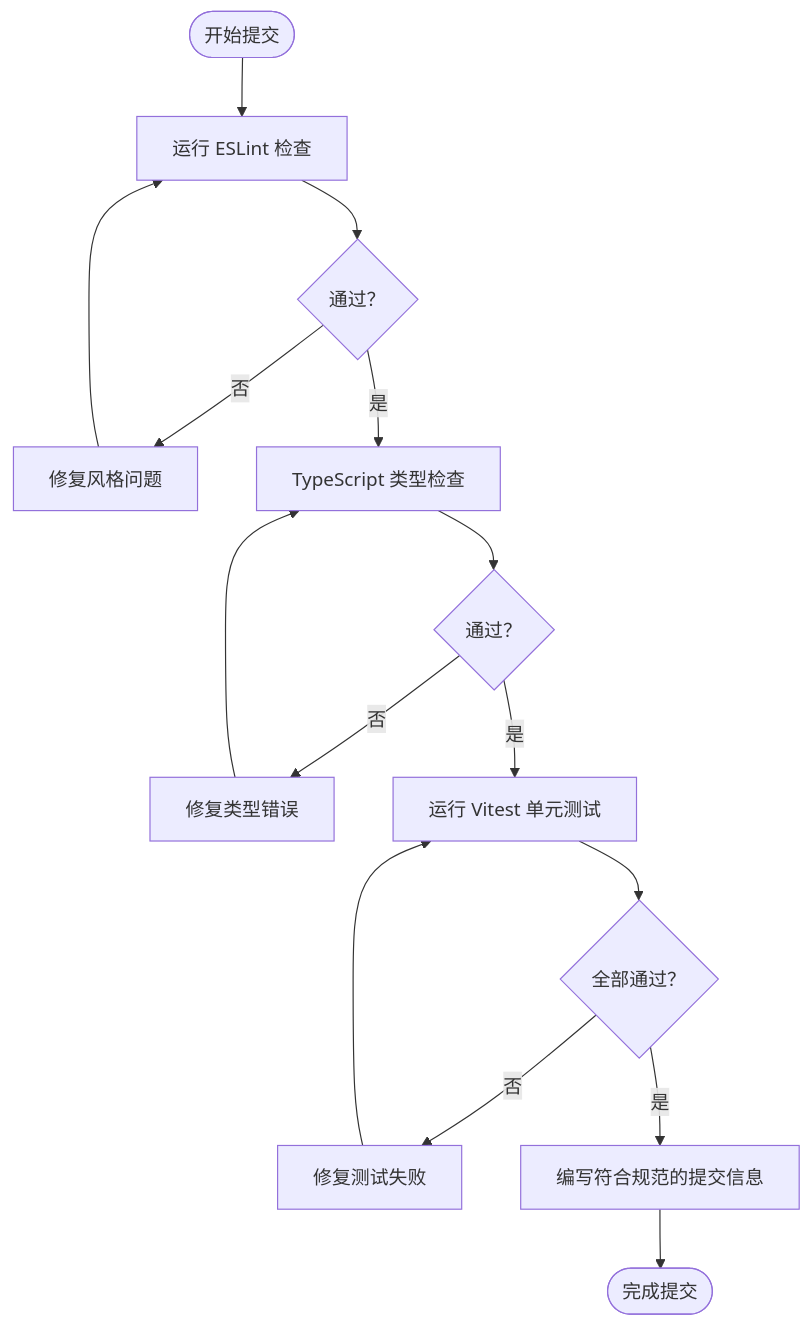
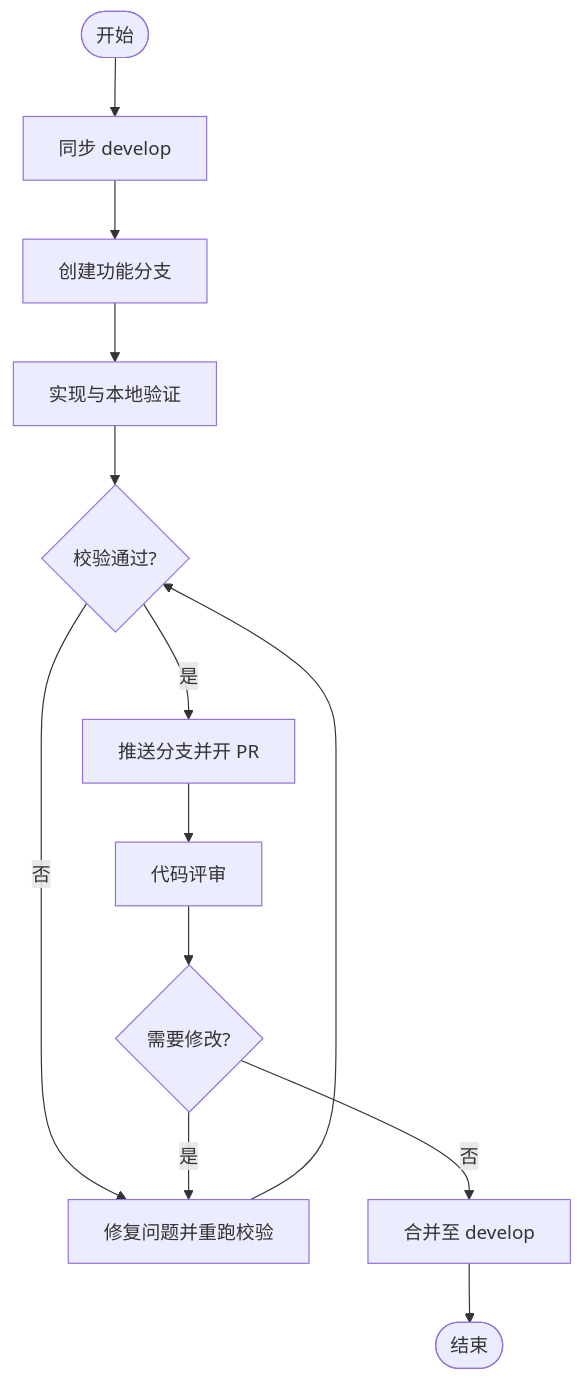
Before and after one commit to haolange/DeepSeek-GUI: the third of 10 diagrams in .qoder/repowiki/zh/content/贡献指南.md, drawn with Mermaid. The commit also changed other lines of this file and 341 other files, not shown here.

````diff
--- a/.qoder/repowiki/zh/content/贡献指南.md
+++ b/.qoder/repowiki/zh/content/贡献指南.md
@@ -169,17 +112,15 @@
 ```mermaid
 flowchart TD
-Start(["开始提交"]) --> CheckStyle["运行 ESLint 检查"]
-CheckStyle --> LintOK{"通过？"}
-LintOK --> |否| FixLint["修复风格问题"]
-FixLint --> CheckStyle
-LintOK --> |是| TypeCheck["TypeScript 类型检查"]
-TypeCheck --> TCOk{"通过？"}
-TCOk --> |否| FixTS["修复类型错误"]
-FixTS --> TypeCheck
-TCOk --> |是| UnitTest["运行 Vitest 单元测试"]
-UnitTest --> TestOk{"全部通过？"}
-TestOk --> |否| FixTest["修复测试失败"]
-FixTest --> UnitTest
-TestOk --> |是| CommitMsg["编写符合规范的提交信息"]
-CommitMsg --> End(["完成提交"])
+Start(["开始"]) --> Sync["同步 develop"]
+Sync --> Branch["创建功能分支"]
+Branch --> Implement["实现与本地验证"]
+Implement --> Check{"校验通过?"}
+Check -- 否 --> Fix["修复问题并重跑校验"]
+Fix --> Check
+Check -- 是 --> Push["推送分支并开 PR"]
+Push --> Review["代码评审"]
+Review --> Iterate{"需要修改?"}
+Iterate -- 是 --> Fix
+Iterate -- 否 --> Merge["合并至 develop"]
+Merge --> End(["结束"])
 ```
````
